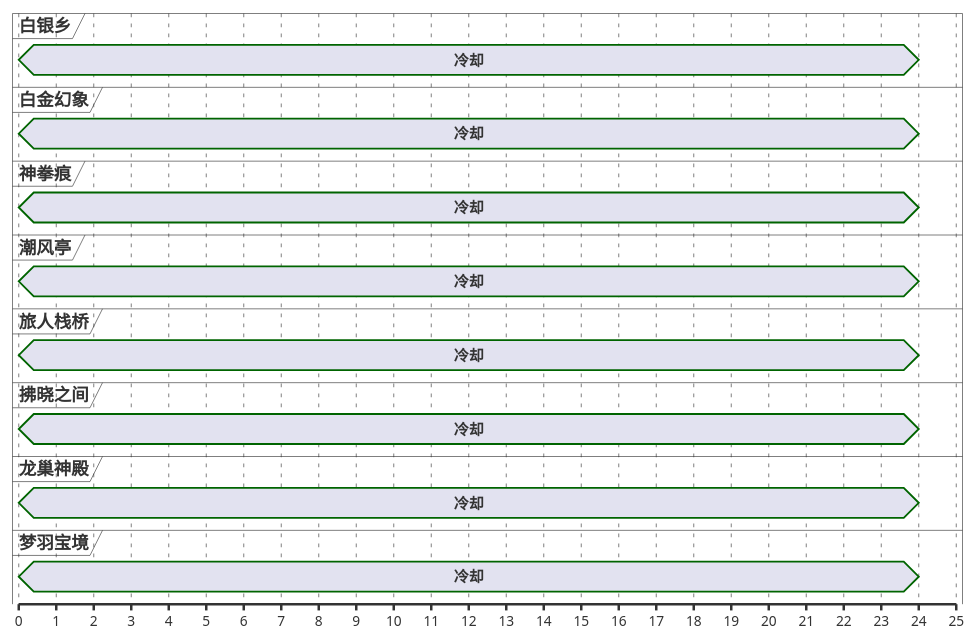
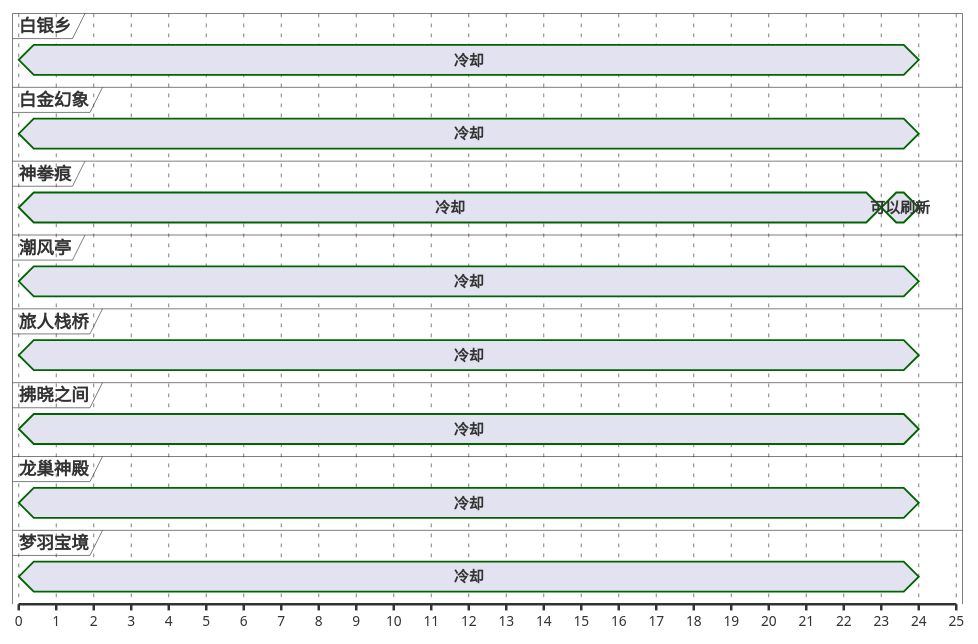
One commit to Eroleice/doc-pi changed the second of 13 diagrams in ffxiv/hunt/2.0/Brontes.md. Above: the diagram before and after it, drawn with PlantUML. The commit also changed other lines of this file and 38 other files, not shown here.

````diff
--- a/ffxiv/hunt/2.0/Brontes.md
+++ b/ffxiv/hunt/2.0/Brontes.md
@@ -84,47 +84,48 @@
 ```plantuml
 @startuml
 scale 1 as 30 pixels
 
 concise 白银乡
 concise 白金幻象
 concise 神拳痕
 concise 潮风亭
 concise 旅人栈桥
 concise 拂晓之间
 concise 龙巢神殿
 concise 梦羽宝境
 
 @神拳痕
 0 is 冷却
+23 is 可以刷新
 24 is {hidden}
 
 @梦羽宝境
 0 is 冷却
 24 is {hidden}
 
 @白银乡
 0 is 冷却
 24 is {hidden}
 
 @潮风亭
 0 is 冷却
 24 is {hidden}
 
 @拂晓之间
 0 is 冷却
 24 is {hidden}
 
 @旅人栈桥
 0 is 冷却
 24 is {hidden}
 
 @龙巢神殿
 0 is 冷却
 24 is {hidden}
 
 @白金幻象
 0 is 冷却
 24 is {hidden}
 
 @enduml
 ```
````
